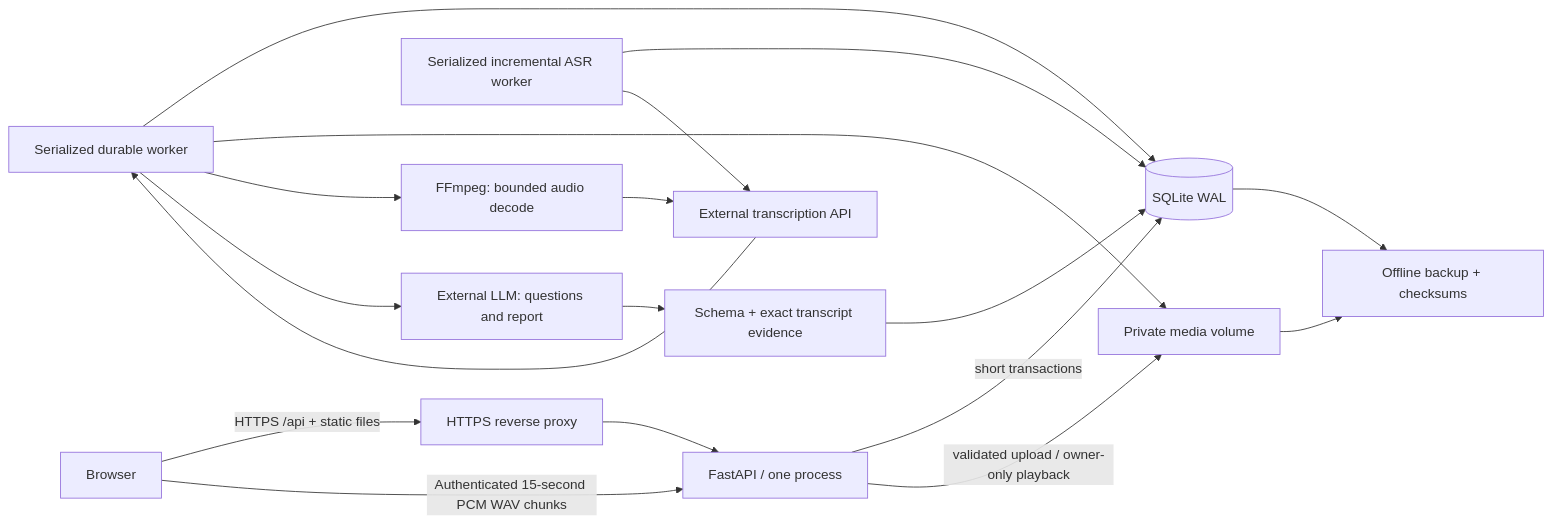
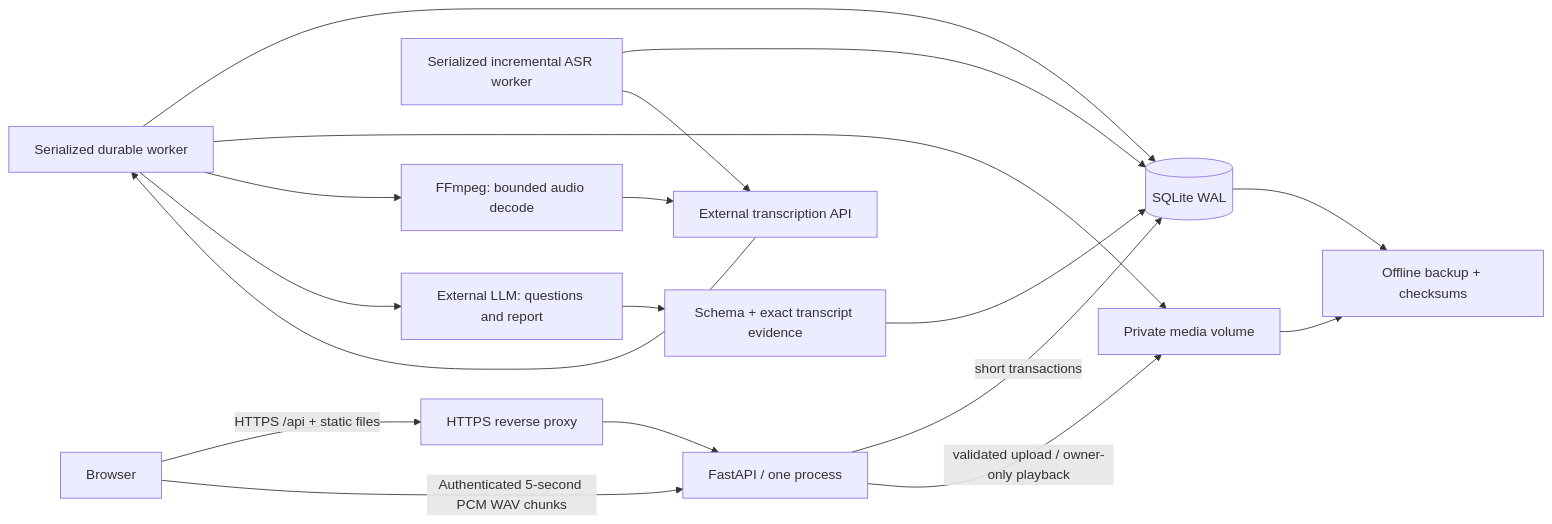
Before and after one commit to timkuzma/no-fear-public-speaking: the diagram in docs/architecture.md, drawn with Mermaid. The commit also changed other lines of this file and 33 other files, not shown here.

````diff
--- a/docs/architecture.md
+++ b/docs/architecture.md
@@ -5,20 +5,20 @@
 ```mermaid
 flowchart LR
   User[Browser] -->|HTTPS /api + static files| Proxy[HTTPS reverse proxy]
   Proxy --> App[FastAPI / one process]
   App -->|short transactions| DB[(SQLite WAL)]
   App -->|validated upload / owner-only playback| Media[Private media volume]
   Worker[Serialized durable worker] --> DB
-  User -->|Authenticated 15-second PCM WAV chunks| App
+  User -->|Authenticated 5-second PCM WAV chunks| App
   Live[Serialized incremental ASR worker] --> DB
   Live --> STT
   Worker --> Media
   Worker --> Decode[FFmpeg: bounded audio decode]
   Decode --> STT[External transcription API]
   Worker --> LLM[External LLM: questions and report]
   STT --> Worker
   LLM --> Validate[Schema + exact transcript evidence]
   Validate --> DB
   DB --> Backup[Offline backup + checksums]
   Media --> Backup
 ```
````
